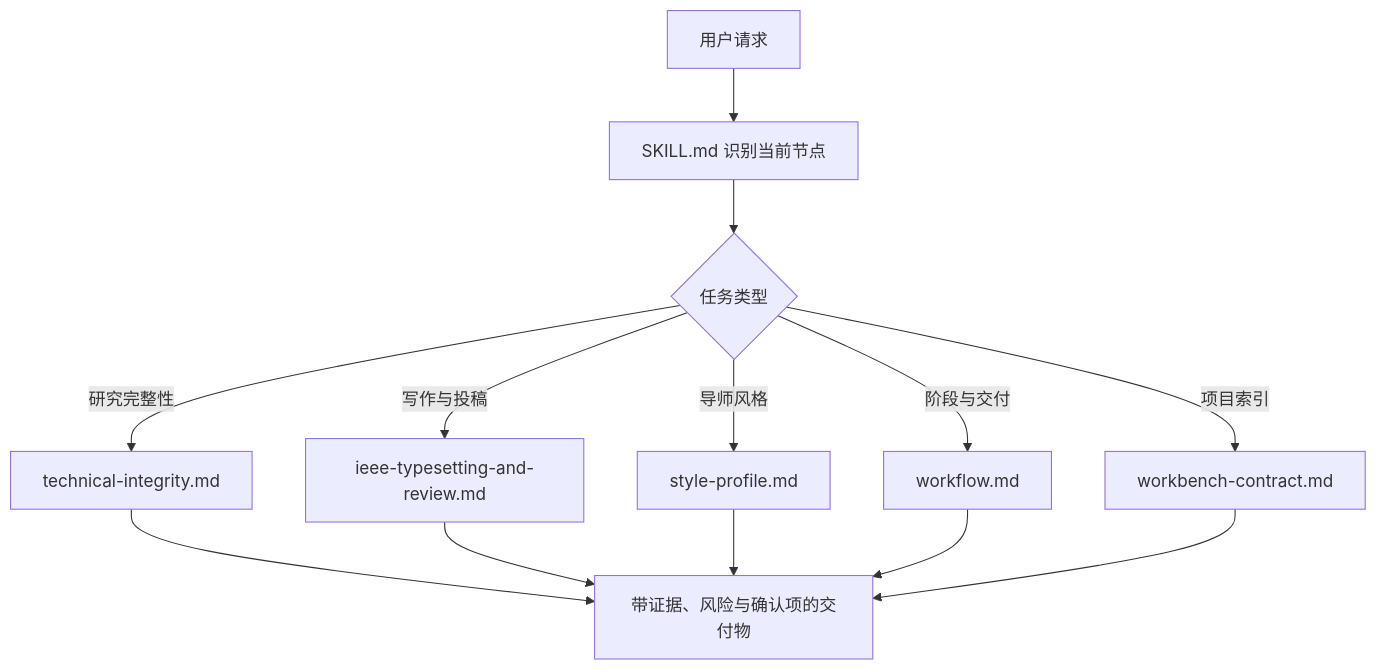
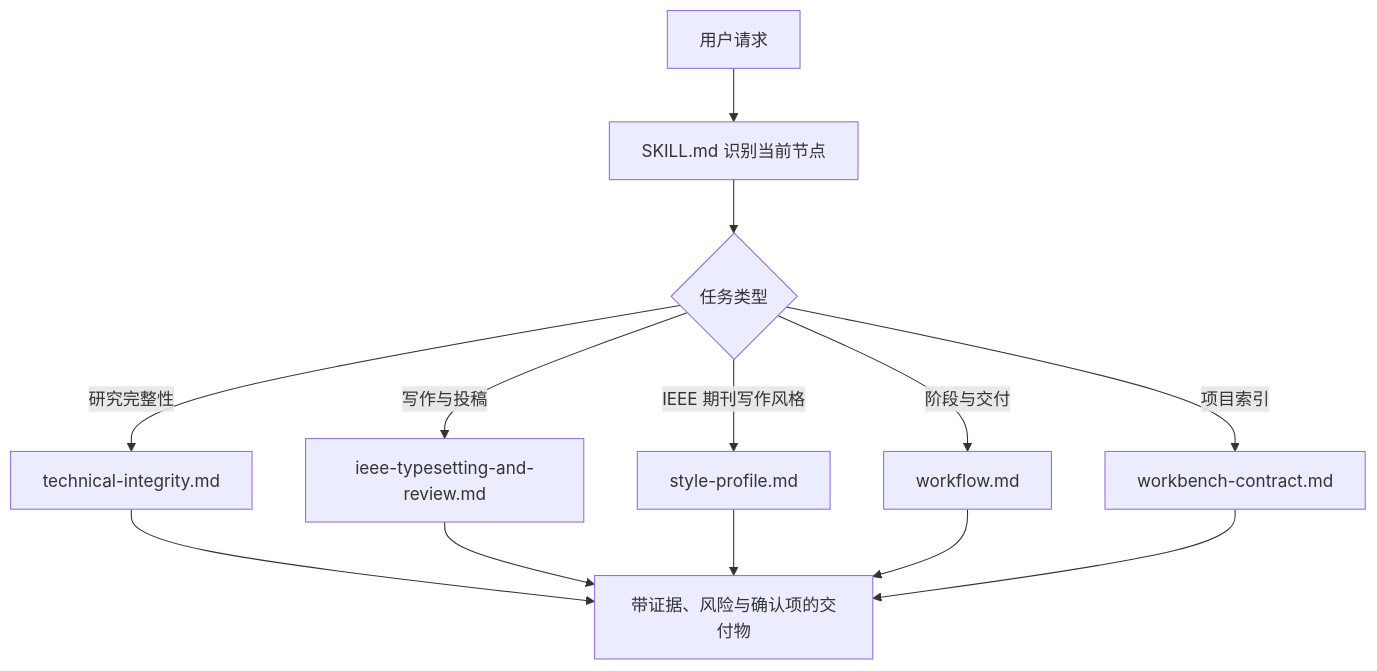
One commit to liruoyan1225/IEEE-research-skills changed the second of 2 diagrams in README.md. Above: the diagram before and after it, drawn with Mermaid. The commit also changed other lines of this file and 8 other files, not shown here.

````diff
--- a/README.md
+++ b/README.md
@@ -162,11 +162,11 @@
 ```mermaid
 flowchart TD
     R[用户请求] --> S[SKILL.md 识别当前节点]
     S --> T{任务类型}
     T -->|研究完整性| A[technical-integrity.md]
     T -->|写作与投稿| B[ieee-typesetting-and-review.md]
-    T -->|导师风格| C[style-profile.md]
+    T -->|IEEE 期刊写作风格| C[style-profile.md]
     T -->|阶段与交付| D[workflow.md]
     T -->|项目索引| E[workbench-contract.md]
     A & B & C & D & E --> O[带证据、风险与确认项的交付物]
 ```
````
